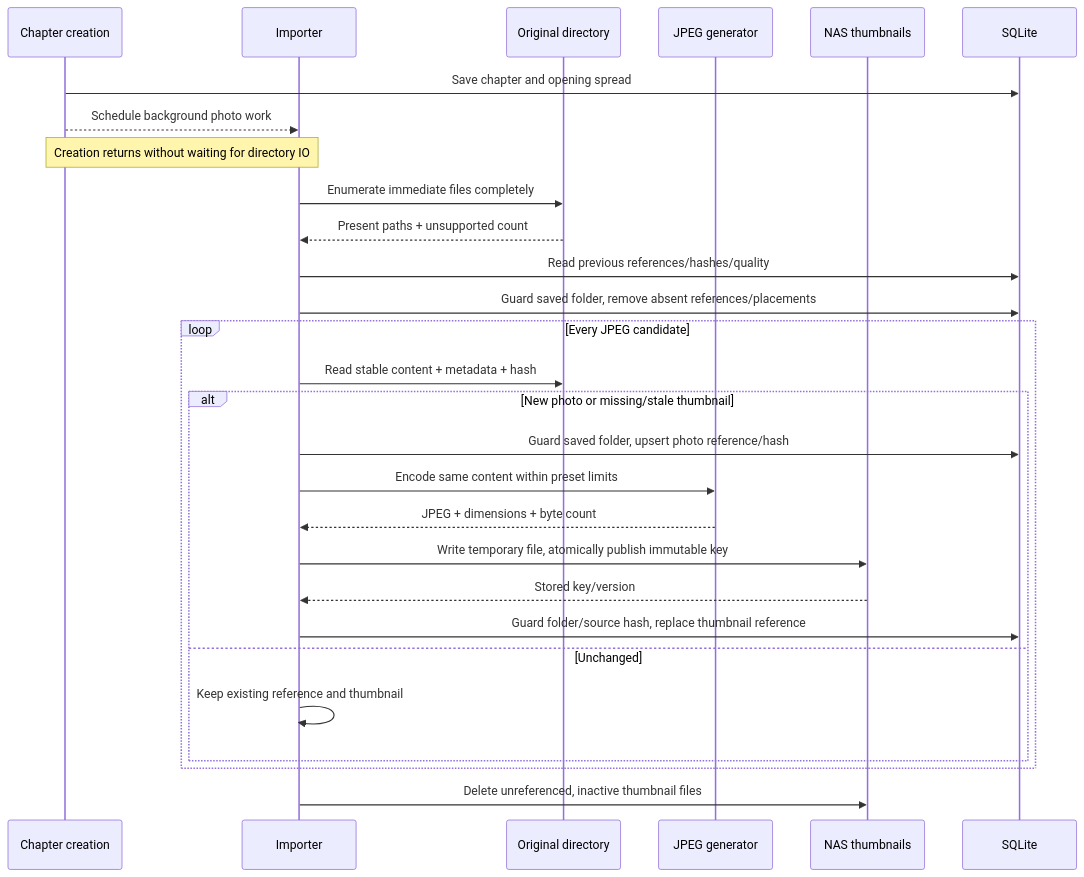
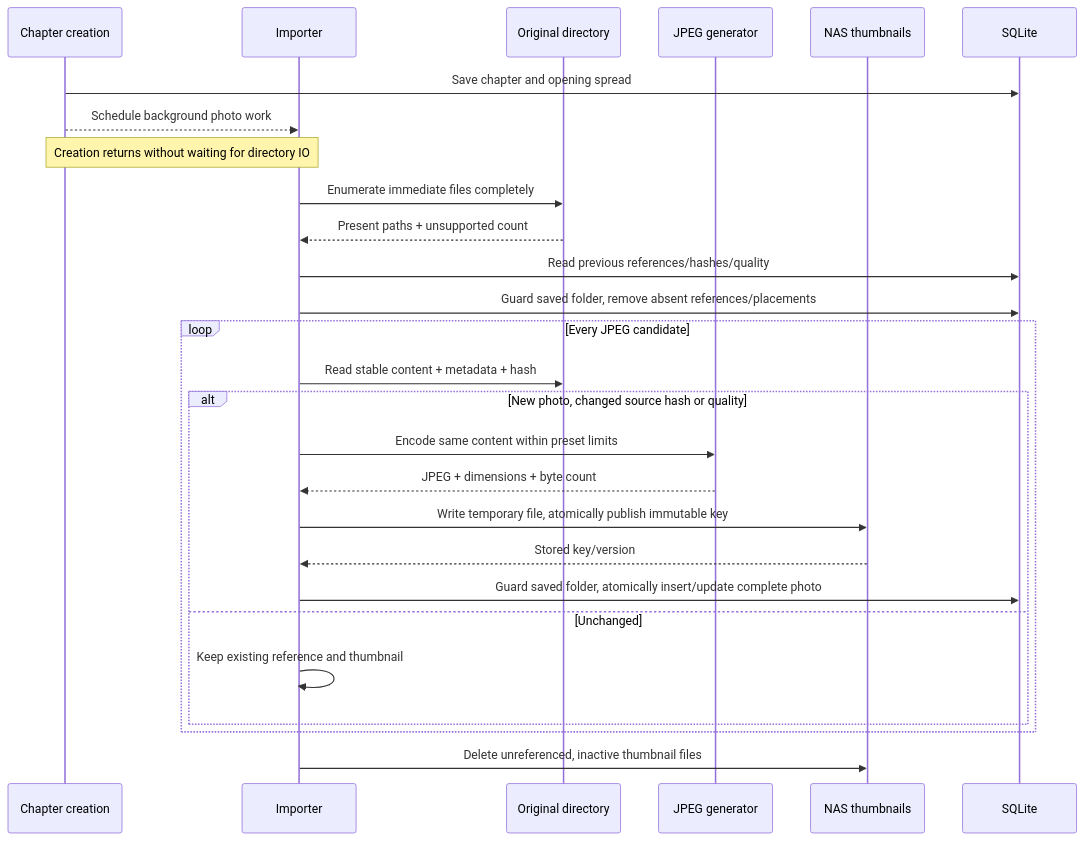
The second of 2 diagrams in specs/changes/chapter-photo-import/proposal.md (Shepherd-s-Den/photography), drawn with Mermaid before and after one commit. The commit also changed other lines of this file, not shown here.

Commit message:
Specify complete-photo-only publication and atomic replacement

````diff
--- a/specs/changes/chapter-photo-import/proposal.md
+++ b/specs/changes/chapter-photo-import/proposal.md
@@ -161,30 +177,29 @@
 ```mermaid
 sequenceDiagram
   participant C as Chapter creation
   participant I as Importer
   participant S as Original directory
   participant G as JPEG generator
   participant N as NAS thumbnails
   participant D as SQLite
   C->>D: Save chapter and opening spread
   C-->>I: Schedule background photo work
   Note over C,I: Creation returns without waiting for directory IO
   I->>S: Enumerate immediate files completely
   S-->>I: Present paths + unsupported count
   I->>D: Read previous references/hashes/quality
   I->>D: Guard saved folder, remove absent references/placements
   loop Every JPEG candidate
     I->>S: Read stable content + metadata + hash
-    alt New photo or missing/stale thumbnail
-      I->>D: Guard saved folder, upsert photo reference/hash
+    alt New photo, changed source hash or quality
       I->>G: Encode same content within preset limits
       G-->>I: JPEG + dimensions + byte count
       I->>N: Write temporary file, atomically publish immutable key
       N-->>I: Stored key/version
-      I->>D: Guard folder/source hash, replace thumbnail reference
+      I->>D: Guard saved folder, atomically insert/update complete photo
     else Unchanged
       I->>I: Keep existing reference and thumbnail
     end
   end
   I->>N: Delete unreferenced, inactive thumbnail files
 ```
````
